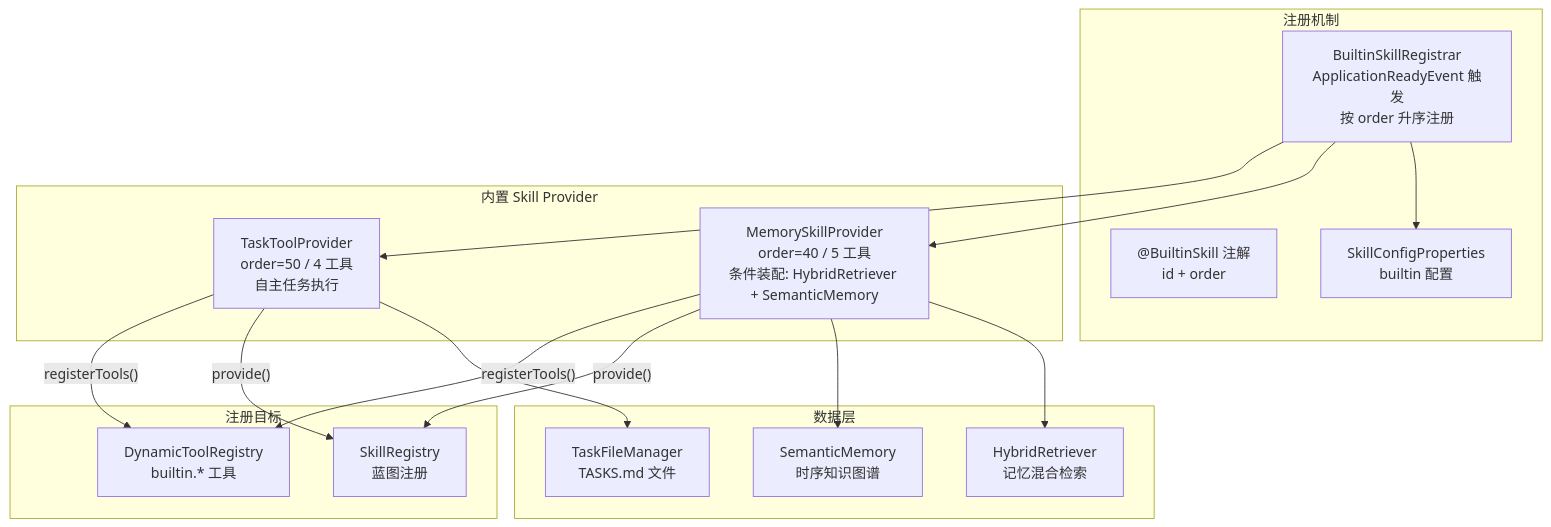
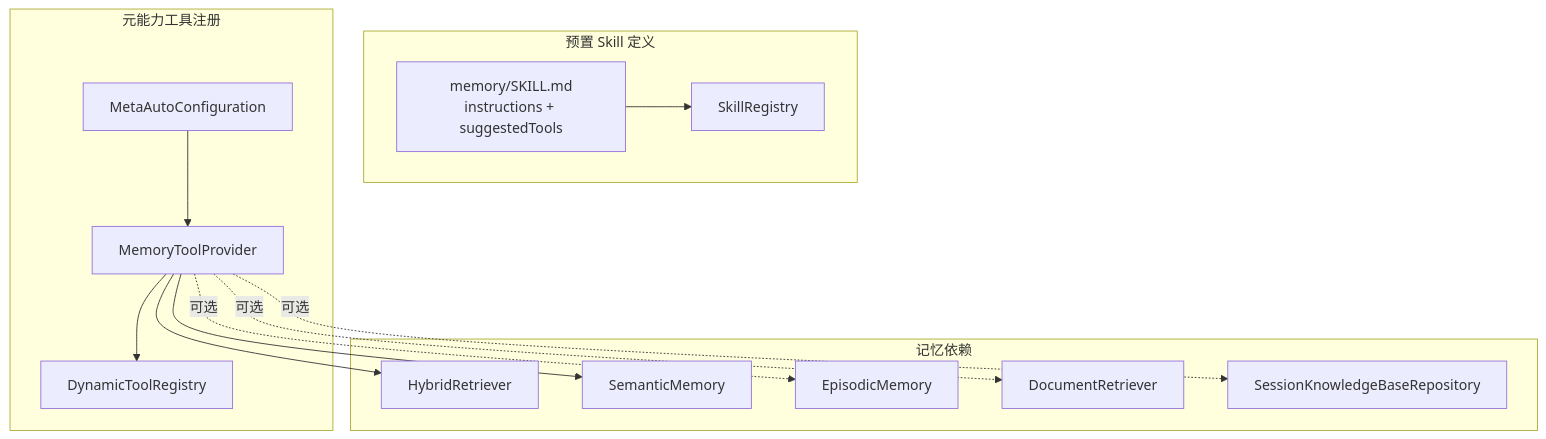
Before and after one commit to ntygod/LifePilot: the diagram in docs/architecture/builtin-skills.md, drawn with Mermaid. The commit also changed other lines of this file and 7 other files, not shown here.

````diff
--- a/docs/architecture/builtin-skills.md
+++ b/docs/architecture/builtin-skills.md
@@ -19,31 +20,30 @@
 ```mermaid
 graph TB
-    subgraph "注册机制"
-        BSR["BuiltinSkillRegistrar<br/>ApplicationReadyEvent 触发<br/>按 order 升序注册"]
-        BSA["@BuiltinSkill 注解<br/>id + order"]
-        SCP["SkillConfigProperties<br/>builtin 配置"]
+    subgraph "预置 Skill 定义"
+        MSD["memory/SKILL.md<br/>instructions + suggestedTools"]
+        SR["SkillRegistry"]
+        MSD --> SR
     end
 
-    subgraph "内置 Skill Provider"
-        MSP["MemorySkillProvider<br/>order=40 / 5 工具<br/>条件装配: HybridRetriever + SemanticMemory"]
-        TTP["TaskToolProvider<br/>order=50 / 4 工具<br/>自主任务执行"]
+    subgraph "元能力工具注册"
+        MAC["MetaAutoConfiguration"]
+        MTP["MemoryToolProvider"]
+        DTR["DynamicToolRegistry"]
+        MAC --> MTP
+        MTP --> DTR
     end
 
-    subgraph "数据层"
-        HRet["HybridRetriever<br/>记忆混合检索"]
-        SM["SemanticMemory<br/>时序知识图谱"]
-        TFM["TaskFileManager<br/>TASKS.md 文件"]
+    subgraph "记忆依赖"
+        HR["HybridRetriever"]
+        SM["SemanticMemory"]
+        EM["EpisodicMemory"]
+        DR["DocumentRetriever"]
+        SKB["SessionKnowledgeBaseRepository"]
     end
 
-    subgraph "注册目标"
-        SKR["SkillRegistry<br/>蓝图注册"]
-        DTR["DynamicToolRegistry<br/>builtin.* 工具"]
-    end
-
-    BSR --> SCP
-    BSR --> MSP & TTP
-    MSP --> HRet & SM
-    TTP --> TFM
-    MSP & TTP -->|"provide()"| SKR
-    MSP & TTP -->|"registerTools()"| DTR
+    MTP --> HR
+    MTP --> SM
+    MTP -.可选.-> EM
+    MTP -.可选.-> DR
+    MTP -.可选.-> SKB
 ```
````
